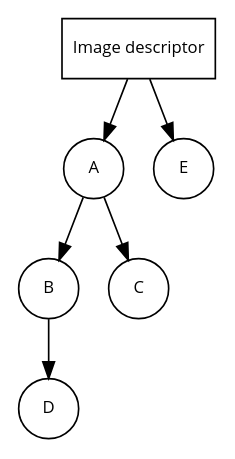
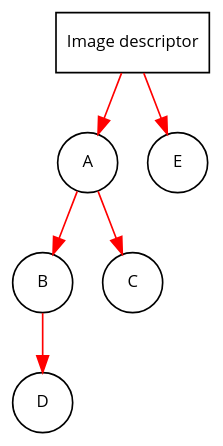
The second of 2 diagrams in docs/handbook/modules/merging.rst (cekit/cekit), drawn with Graphviz before and after one commit. The commit also changed other lines of this file and 3 other files, not shown here.

```diff
--- a/docs/handbook/modules/merging.rst
+++ b/docs/handbook/modules/merging.rst
@@ -202,19 +203,20 @@
 .. graphviz::
     :align: center
     :alt: Module dependency
     :name: module-dependency-diagram
 
      digraph module_installation {
         graph [fontsize="11", fontname="Open Sans", compound="true"];
-        node [shape="circle", fontname="Open Sans", fontsize="10"];
+        node [shape="circle", fontname="Open Sans", fontsize="10", style="filled", fillcolor="white"];
+        bgcolor="transparent";
 
-        image [label="Image descriptor", shape="box"];
+        image [label="Image descriptor", shape="box", style="filled", fillcolor="white"];
 
-        A -> B;
-        A -> C;
-        B -> D;
+        A -> B [color="red"];
+        A -> C [color="red"];
+        B -> D [color="red"];
 
-        image -> E;
-        image -> A;
+        image -> E [color="red"];
+        image -> A [color="red"];
 
      }
```
